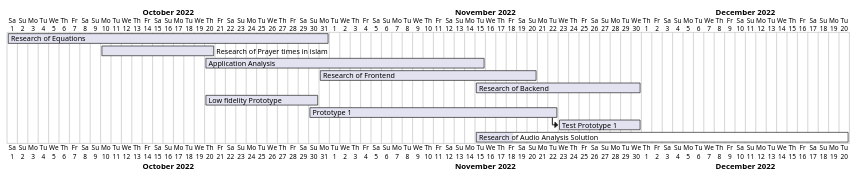
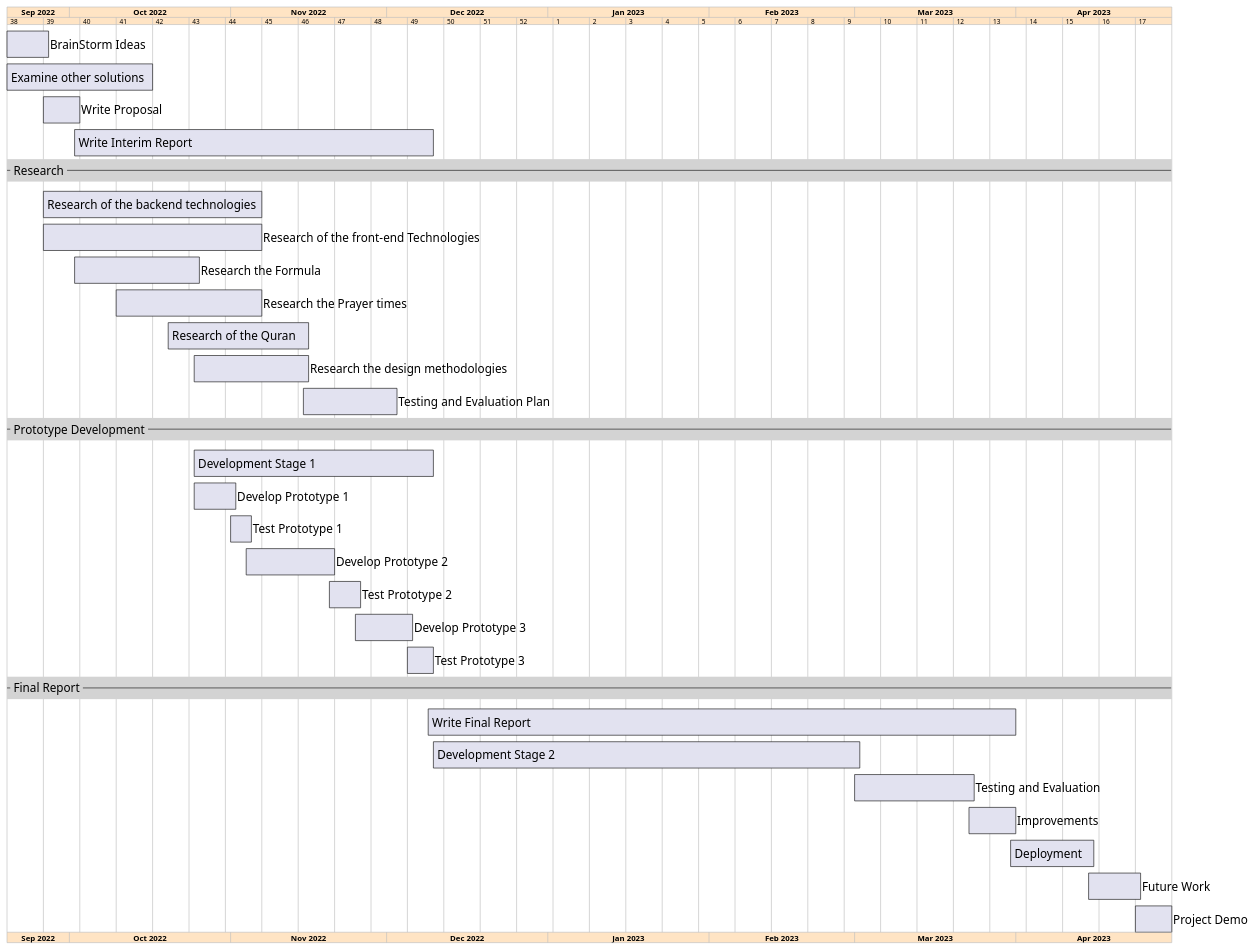
One commit to arshad-shah/Nimaz changed the diagram in app/src/main/java/com/arshadshah/nimaz/diagrams/FYPGANTT.puml. Above: the diagram before and after it, drawn with PlantUML.

Commit message:
updated view model processing

```diff
--- a/app/src/main/java/com/arshadshah/nimaz/diagrams/FYPGANTT.puml
+++ b/app/src/main/java/com/arshadshah/nimaz/diagrams/FYPGANTT.puml
@@ -1,41 +1,77 @@
 @startgantt
 
-Project starts 2022-10-01
+'configure the gantt chart
+printscale weekly zoom 2
 
-[Research of Equations] starts 2022-10-01
-[Research of Equations] ends 2022-10-31
+'styles
+<style>
+ganttDiagram{
+    task{
+        FontSize 18
+        Margin 10 0 0 0
+        Padding 8
+    }
+    timeline{
+        BackgroundColor Bisque
+    }
+    separator{
+        BackgroundColor LightGray
+        FontSize 18
+    }
+}
+</style>
 
-[Research of Prayer times in islam] starts 2022-10-10
-[Research of Prayer times in islam] ends 2022-10-20
+Project starts 2022-09-19
 
-[Application Analysis] starts 2022-10-20
-[Application Analysis] ends 2022-11-15
+[BrainStorm Ideas] starts 2022-09-19 and ends 2022-09-26
 
-[Research of Frontend] starts 2022-10-31
-[Research of Frontend] ends 2022-11-20
+[Examine other solutions] lasts 4 weeks
 
-[Research of Backend] starts 2022-11-15
-[Research of Backend] ends 2022-11-30
+[Write Proposal] starts at 2022-09-26 and ends 2022-10-02
 
-[Low fidelity Prototype] starts 2022-10-20
-[Low fidelity Prototype] ends 2022-10-30
+[Write Interim Report] starts at 2022-10-02 and ends 2022-12-09
 
-[Prototype 1] starts 2022-10-30 and ends 2022-11-22
-[Test Prototype 1] starts at [Prototype 1]'s end
-[Test Prototype 1] starts 2022-11-22 and ends 2022-11-30
+-- Research --
 
-[Research of Audio Analysis Solution] starts 2022-11-15
-[Research of Audio Analysis Solution] ends 2022-12-20
+[Research of the backend technologies] starts 2022-09-26 and ends 2022-11-06
 
+[Research of the front-end Technologies] starts 2022-09-26 and ends 2022-11-06
 
-'completion
-[Research of Equations] is 100% complete
-[Research of Prayer times in islam] is 100% complete
-[Application Analysis] is 100% complete
-[Research of Frontend] is 100% complete
-[Research of Backend] is 100% complete
-[Low fidelity Prototype] is 100% complete
-[Prototype 1] is 100% complete
-[Research of Audio Analysis Solution] is 10% complete
+[Research the Formula] starts at 2022-10-02 and ends 2022-10-25
+
+[Research the Prayer times] starts at 2022-10-10 and ends 2022-11-06
+
+[Research of the Quran] starts at 2022-10-20 and ends 2022-11-15
+
+[Research the design methodologies] starts at 2022-10-25 and ends 2022-11-15
+
+[Testing and Evaluation Plan] starts at 2022-11-15 and ends 2022-12-02
+
+-- Prototype Development --
+[Development Stage 1] starts at 2022-10-25 and ends 2022-12-09
+
+[Develop Prototype 1] starts at 2022-10-25 and ends 2022-11-01
+[Test Prototype 1] starts at 2022-11-01 and ends 2022-11-04
+
+[Develop Prototype 2] starts at 2022-11-04 and ends 2022-11-20
+[Test Prototype 2] starts at 2022-11-20 and ends 2022-11-25
+
+[Develop Prototype 3] starts at 2022-11-25 and ends 2022-12-05
+[Test Prototype 3] starts at 2022-12-05 and ends 2022-12-09
+
+-- Final Report --
+[Write Final Report] starts at 2022-12-09 and ends 2023-03-31
+
+[Development Stage 2] starts at 2022-12-10 and ends 2023-03-01
+
+[Testing and Evaluation] starts at 2023-03-01 and ends 2023-03-23
+
+[Improvements] starts at 2023-03-23 and ends 2023-03-31
+
+[Deployment] starts at 2023-03-31 and ends 2023-04-15
+
+[Future Work] starts at 2023-04-15 and ends 2023-04-24
+
+[Project Demo] starts 2023-04-24 and lasts 1 week
 
 @endgantt
```
